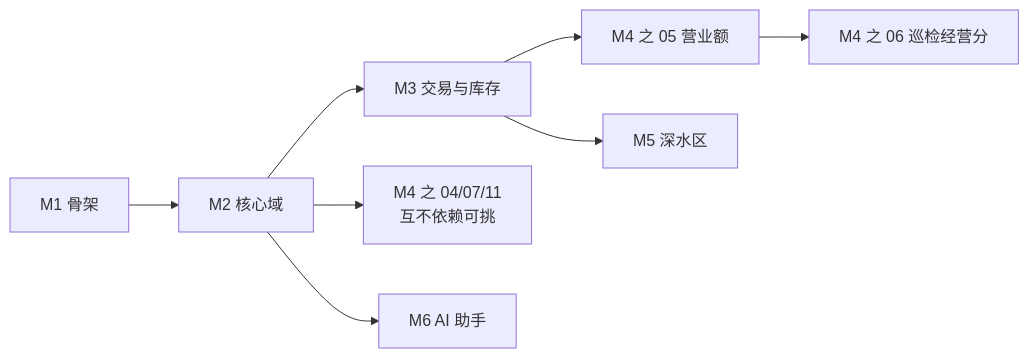
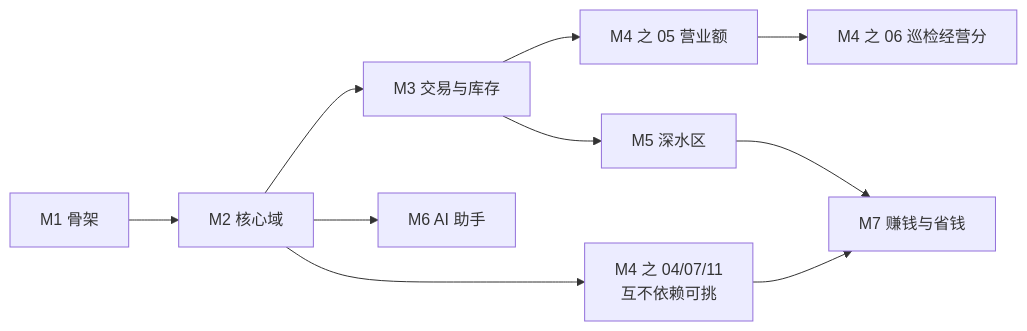
One commit to lofty14/restaurant-digitalization-blueprint changed the diagram in 05-replication/README.md. Above: the diagram before and after it, drawn with Mermaid. The commit also changed other lines of this file and 20 other files, not shown here.

````diff
--- a/05-replication/README.md
+++ b/05-replication/README.md
@@ -36,10 +37,12 @@
 ```mermaid
 graph LR
     M1[M1 骨架] --> M2[M2 核心域]
     M2 --> M3[M3 交易与库存]
     M2 --> M4["M4 之 04/07/11<br/>互不依赖可挑"]
     M3 --> T05[M4 之 05 营业额]
     T05 --> T06[M4 之 06 巡检经营分]
     M3 --> M5[M5 深水区]
     M2 --> M6[M6 AI 助手]
+    M5 --> M7[M7 赚钱与省钱]
+    M4 --> M7
 ```
````
